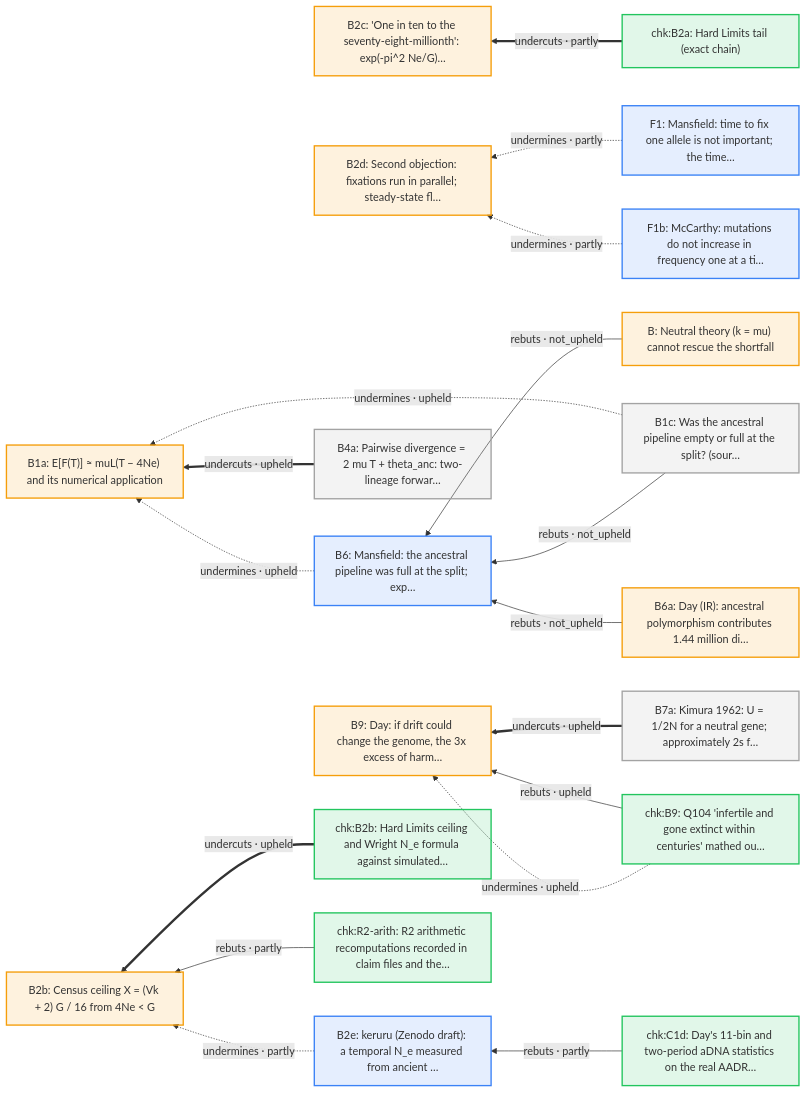
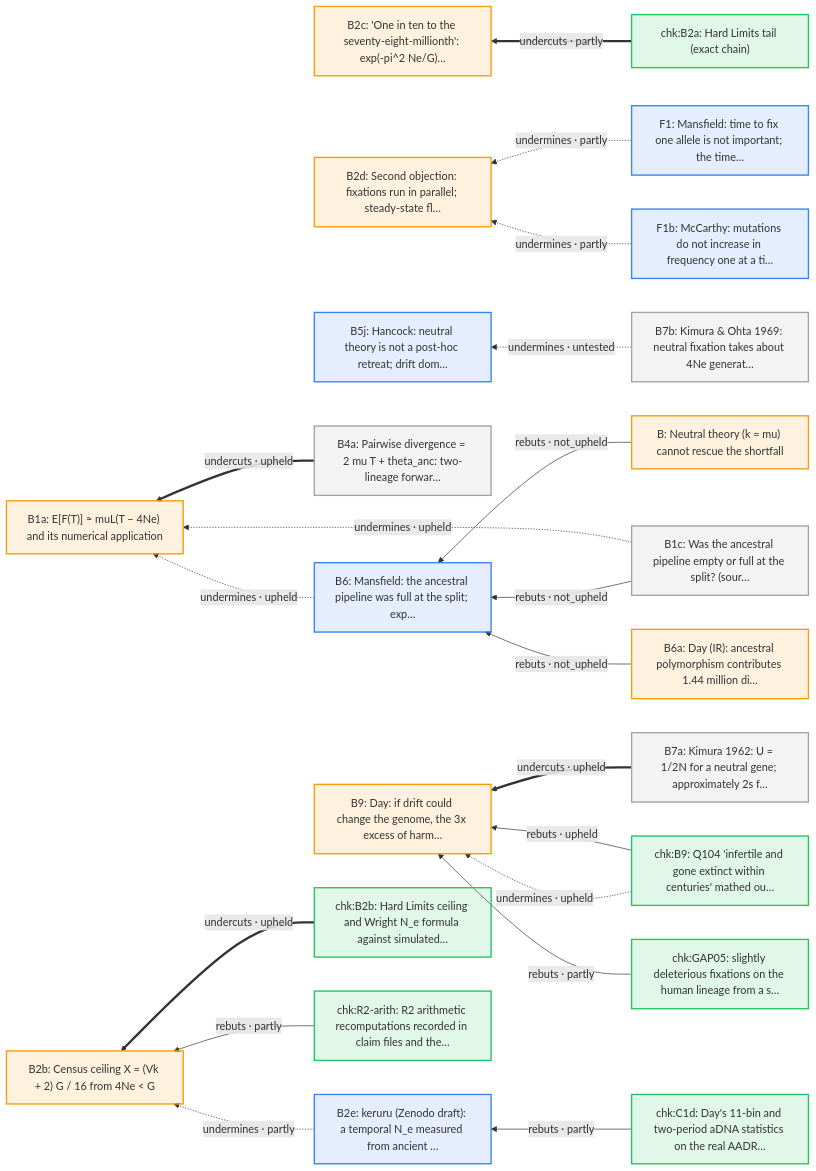
Before and after one commit to nickallevato/evo-sim: the fifth of 21 diagrams in docs/arguments/defeaters.md, drawn with Mermaid. The commit also changed other lines of this file and 7 other files, not shown here.

First line of the commit message:
Argmap: chk/rev ids, defeaters d431-d444, lineage nodes, mini-forms; counts and figures

````diff
--- a/docs/arguments/defeaters.md
+++ b/docs/arguments/defeaters.md
@@ -245,43 +247,48 @@
 ```mermaid
 flowchart RL
   classDef day fill:#f59e0b22,stroke:#f59e0b,stroke-width:2px
   classDef ally fill:#d9770622,stroke:#d97706,stroke-width:2px
   classDef critic fill:#3b82f622,stroke:#3b82f6,stroke-width:2px
   classDef literature fill:#a3a3a322,stroke:#a3a3a3,stroke-width:2px
   classDef audit fill:#22c55e22,stroke:#22c55e,stroke-width:2px
   B["B: Neutral theory (k = mu) cannot rescue the shortfall"]:::day
   B1a["B1a: E[F(T)] ≈ muL(T − 4Ne) and its numerical application"]:::day
   B1c["B1c: Was the ancestral pipeline empty or full at the split? (sour…"]:::literature
   B2b["B2b: Census ceiling X = (Vk + 2) G / 16 from 4Ne < G"]:::day
   B2c["B2c: 'One in ten to the seventy-eight-millionth': exp(-pi^2 Ne/G)…"]:::day
   B2d["B2d: Second objection: fixations run in parallel; steady-state fl…"]:::day
   B2e["B2e: keruru (Zenodo draft): a temporal N_e measured from ancient …"]:::critic
   B4a["B4a: Pairwise divergence = 2 mu T + theta_anc: two-lineage forwar…"]:::literature
+  B5j["B5j: Hancock: neutral theory is not a post-hoc retreat; drift dom…"]:::critic
   B6["B6: Mansfield: the ancestral pipeline was full at the split; exp…"]:::critic
   B6a["B6a: Day (IR): ancestral polymorphism contributes 1.44 million di…"]:::day
   B7a["B7a: Kimura 1962: U = 1/2N for a neutral gene; approximately 2s f…"]:::literature
+  B7b["B7b: Kimura & Ohta 1969: neutral fixation takes about 4Ne generat…"]:::literature
   B9["B9: Day: if drift could change the genome, the 3x excess of harm…"]:::day
   F1["F1: Mansfield: time to fix one allele is not important; the time…"]:::critic
   F1b["F1b: McCarthy: mutations do not increase in frequency one at a ti…"]:::critic
   chk_B2a["chk:B2a: Hard Limits tail (exact chain)"]:::audit
   chk_B2b["chk:B2b: Hard Limits ceiling and Wright N_e formula against simulated…"]:::audit
   chk_B9["chk:B9: Q104 'infertile and gone extinct within centuries' mathed ou…"]:::audit
   chk_C1d["chk:C1d: Day's 11-bin and two-period aDNA statistics on the real AADR…"]:::audit
+  chk_GAP05["chk:GAP05: slightly deleterious fixations on the human lineage from a s…"]:::audit
   chk_R2_arith["chk:R2-arith: R2 arithmetic recomputations recorded in claim files and the…"]:::audit
+  B7b -.->|"undermines · untested"| B5j
   B7a ==>|"undercuts · upheld"| B9
   chk_B9 -->|"rebuts · upheld"| B9
   chk_B9 -.->|"undermines · upheld"| B9
+  chk_GAP05 -->|"rebuts · partly"| B9
   B1c -.->|"undermines · upheld"| B1a
   B4a ==>|"undercuts · upheld"| B1a
   B6 -.->|"undermines · upheld"| B1a
   B -->|"rebuts · not_upheld"| B6
   B6a -->|"rebuts · not_upheld"| B6
   B1c -->|"rebuts · not_upheld"| B6
   chk_R2_arith -->|"rebuts · partly"| B2b
   B2e -.->|"undermines · partly"| B2b
   chk_B2b ==>|"undercuts · upheld"| B2b
   chk_B2a ==>|"undercuts · partly"| B2c
   F1 -.->|"undermines · partly"| B2d
   F1b -.->|"undermines · partly"| B2d
   chk_C1d -->|"rebuts · partly"| B2e
 ```
````
